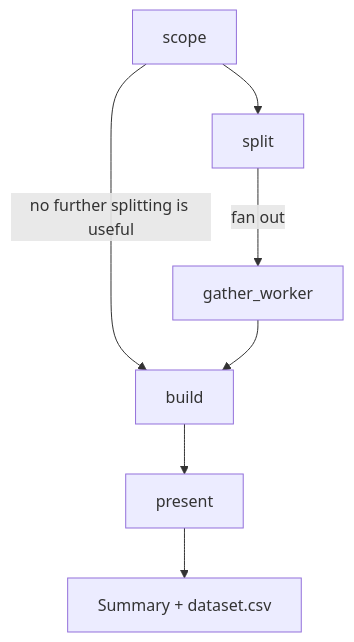
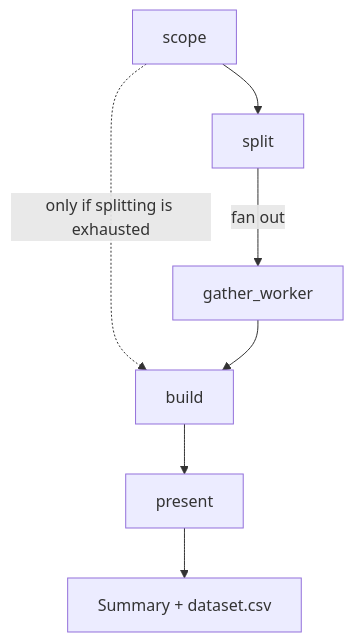
One commit to GEMISIS/leviath changed the third of 7 diagrams in docs/content/agent-catalog.md. Above: the diagram before and after it, drawn with Mermaid. The commit also changed 3 other files, not shown here.

````diff
--- a/docs/content/agent-catalog.md
+++ b/docs/content/agent-catalog.md
@@ -108,9 +108,9 @@
 ```mermaid
 flowchart TD
     scope --> split
-    scope -->|no further splitting is useful| build
+    scope -.->|only if splitting is exhausted| build
     split -->|fan out| gather_worker
     gather_worker --> build
     build --> present
     present --> done["Summary + dataset.csv"]
 ```
````
